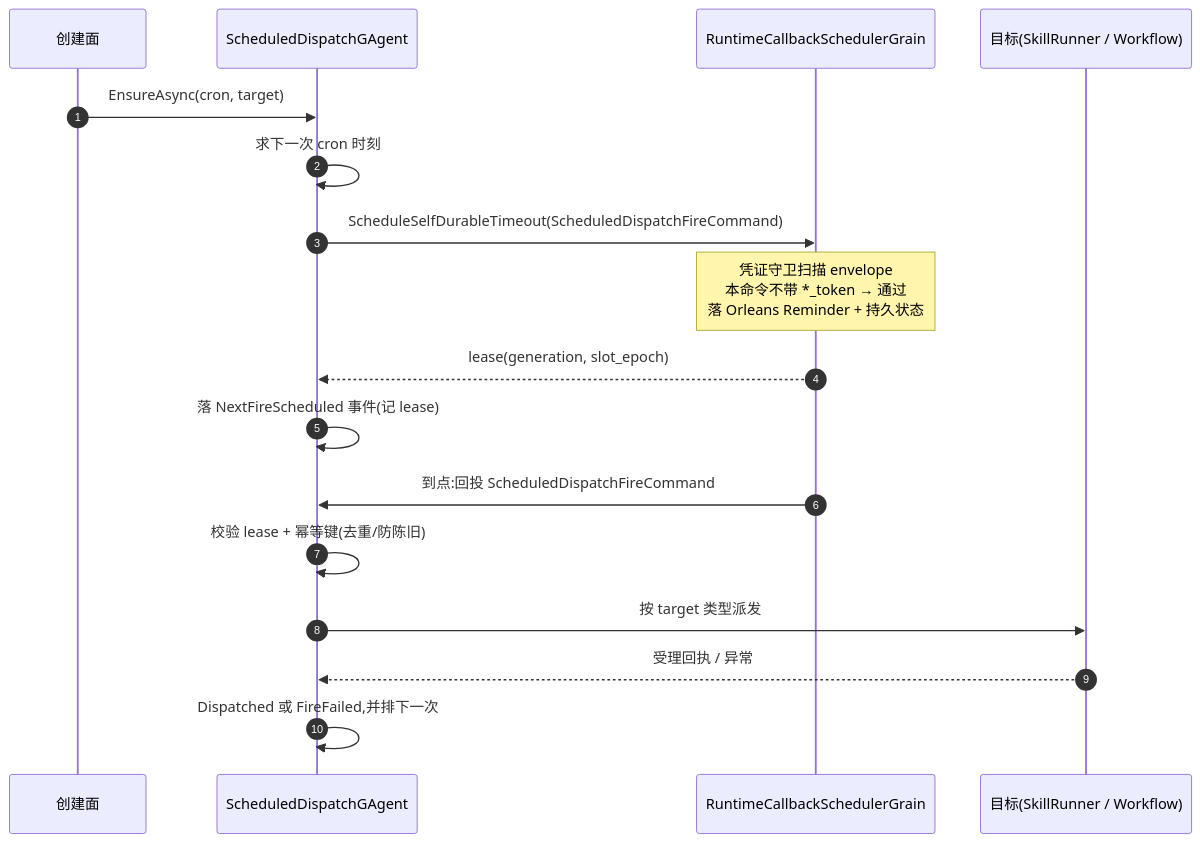
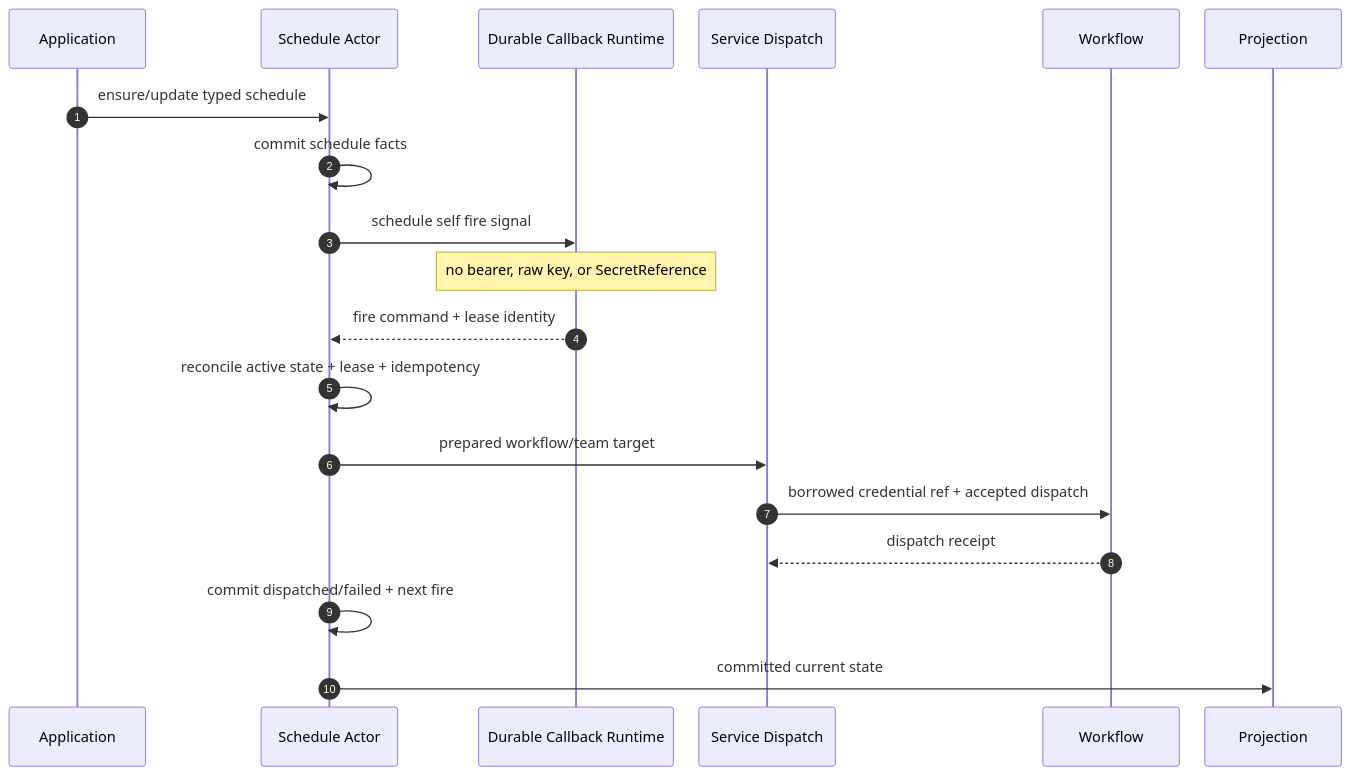
Before and after one commit to eanzhao-os/aevatar-review: the second of 3 diagrams in 07/12-scheduled-tasks.md, drawn with Mermaid. The commit also changed other lines of this file and 15 other files, not shown here.

Commit message:
docs: document scheduled Agent Key production validation

````diff
--- a/07/12-scheduled-tasks.md
+++ b/07/12-scheduled-tasks.md
@@ -72,19 +84,22 @@
 ```mermaid
+%%{init: {"maxTextSize": 100000, "sequence": {"actorMargin": 28, "messageMargin": 18, "diagramMarginX": 10, "diagramMarginY": 10}, "themeVariables": {"fontSize": "10px"}}}%%
 sequenceDiagram
     autonumber
-    participant CRT as 创建面
-    participant SDG as ScheduledDispatchGAgent
-    participant RCS as RuntimeCallbackSchedulerGrain
-    participant TGT as 目标(SkillRunner / Workflow)
-    CRT->>SDG: EnsureAsync(cron, target)
-    SDG->>SDG: 求下一次 cron 时刻
-    SDG->>RCS: ScheduleSelfDurableTimeout(ScheduledDispatchFireCommand)
-    Note over RCS: 凭证守卫扫描 envelope<br/>本命令不带 *_token → 通过<br/>落 Orleans Reminder + 持久状态
-    RCS-->>SDG: lease(generation, slot_epoch)
-    SDG->>SDG: 落 NextFireScheduled 事件(记 lease)
-    RCS->>SDG: 到点:回投 ScheduledDispatchFireCommand
-    SDG->>SDG: 校验 lease + 幂等键(去重/防陈旧)
-    SDG->>TGT: 按 target 类型派发
-    TGT-->>SDG: 受理回执 / 异常
-    SDG->>SDG: Dispatched 或 FireFailed,并排下一次
+    participant API as Application
+    participant A as Schedule Actor
+    participant R as Durable Callback Runtime
+    participant D as Service Dispatch
+    participant W as Workflow
+    participant P as Projection
+    API->>A: ensure/update typed schedule
+    A->>A: commit schedule facts
+    A->>R: schedule self fire signal
+    Note over R: no bearer, raw key, or SecretReference
+    R-->>A: fire command + lease identity
+    A->>A: reconcile active state + lease + idempotency
+    A->>D: prepared workflow/team target
+    D->>W: borrowed credential ref + accepted dispatch
+    W-->>D: dispatch receipt
+    A->>A: commit dispatched/failed + next fire
+    A->>P: committed current state
 ```
````
